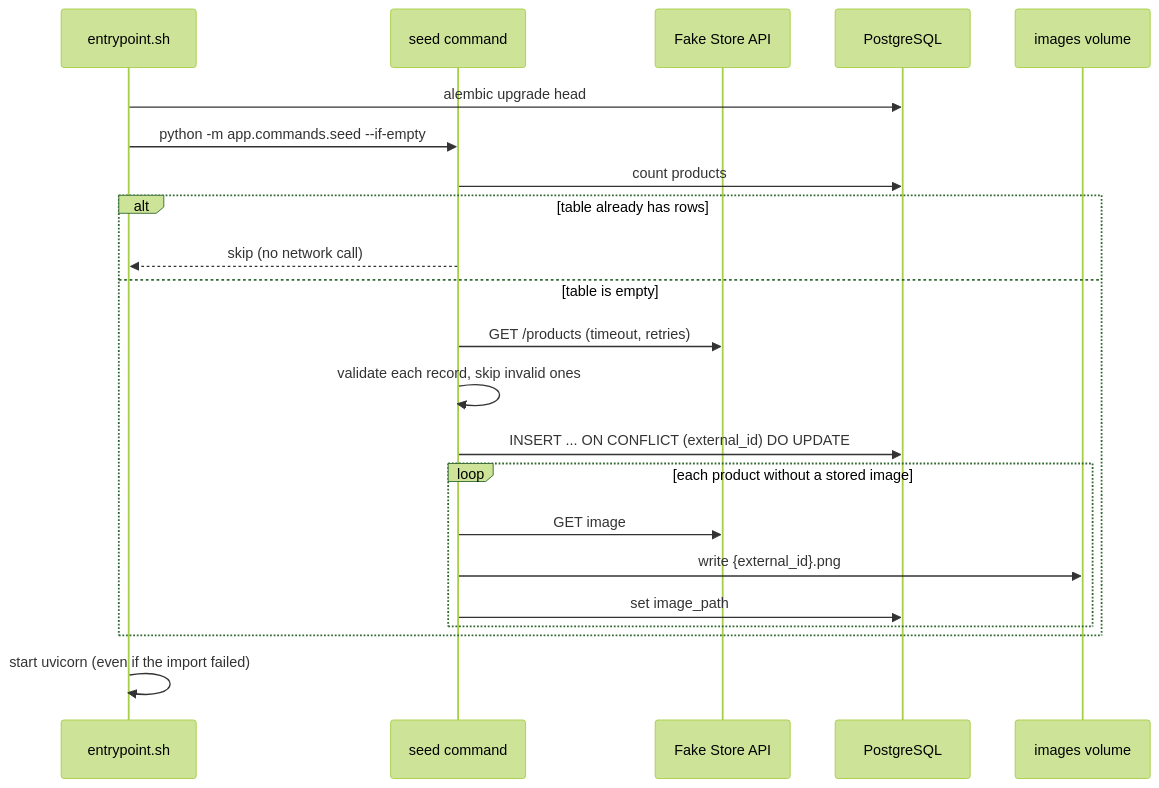
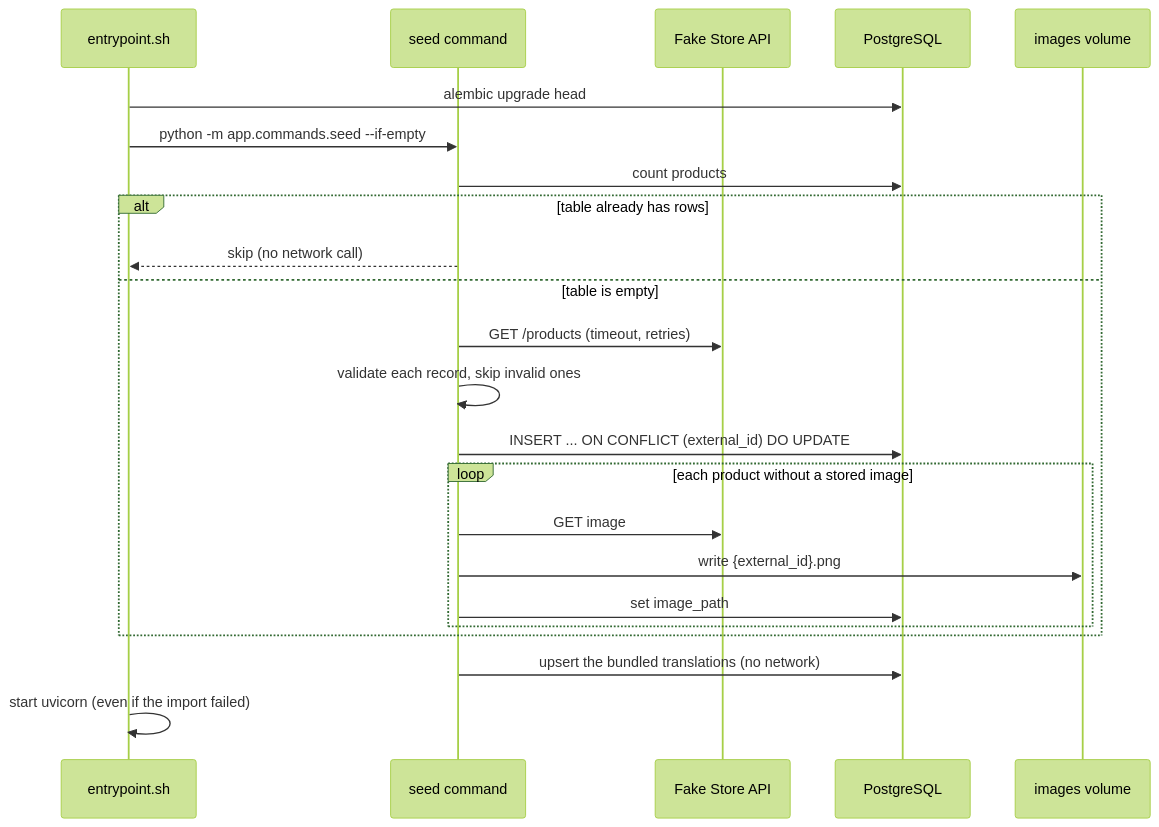
One commit to mtombolini/product-explorer changed the second of 3 diagrams in docs/architecture.md. Above: the diagram before and after it, drawn with Mermaid (forest theme). The commit also changed other lines of this file and 6 other files, not shown here.

````diff
--- a/docs/architecture.md
+++ b/docs/architecture.md
@@ -43,25 +43,26 @@
 ```mermaid
 sequenceDiagram
     participant E as entrypoint.sh
     participant S as seed command
     participant F as Fake Store API
     participant D as PostgreSQL
     participant V as images volume
 
     E->>D: alembic upgrade head
     E->>S: python -m app.commands.seed --if-empty
     S->>D: count products
     alt table already has rows
         S-->>E: skip (no network call)
     else table is empty
         S->>F: GET /products (timeout, retries)
         S->>S: validate each record, skip invalid ones
         S->>D: INSERT ... ON CONFLICT (external_id) DO UPDATE
         loop each product without a stored image
             S->>F: GET image
             S->>V: write {external_id}.png
             S->>D: set image_path
         end
     end
+    S->>D: upsert the bundled translations (no network)
     E->>E: start uvicorn (even if the import failed)
 ```
````
